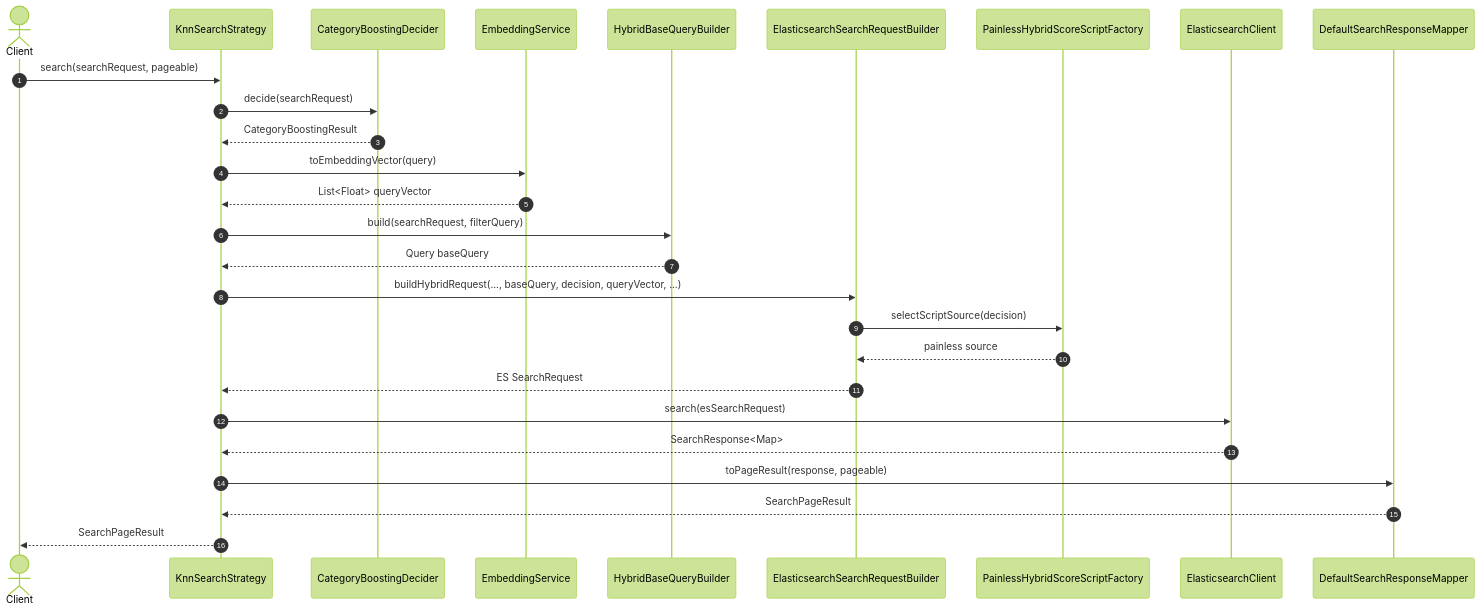
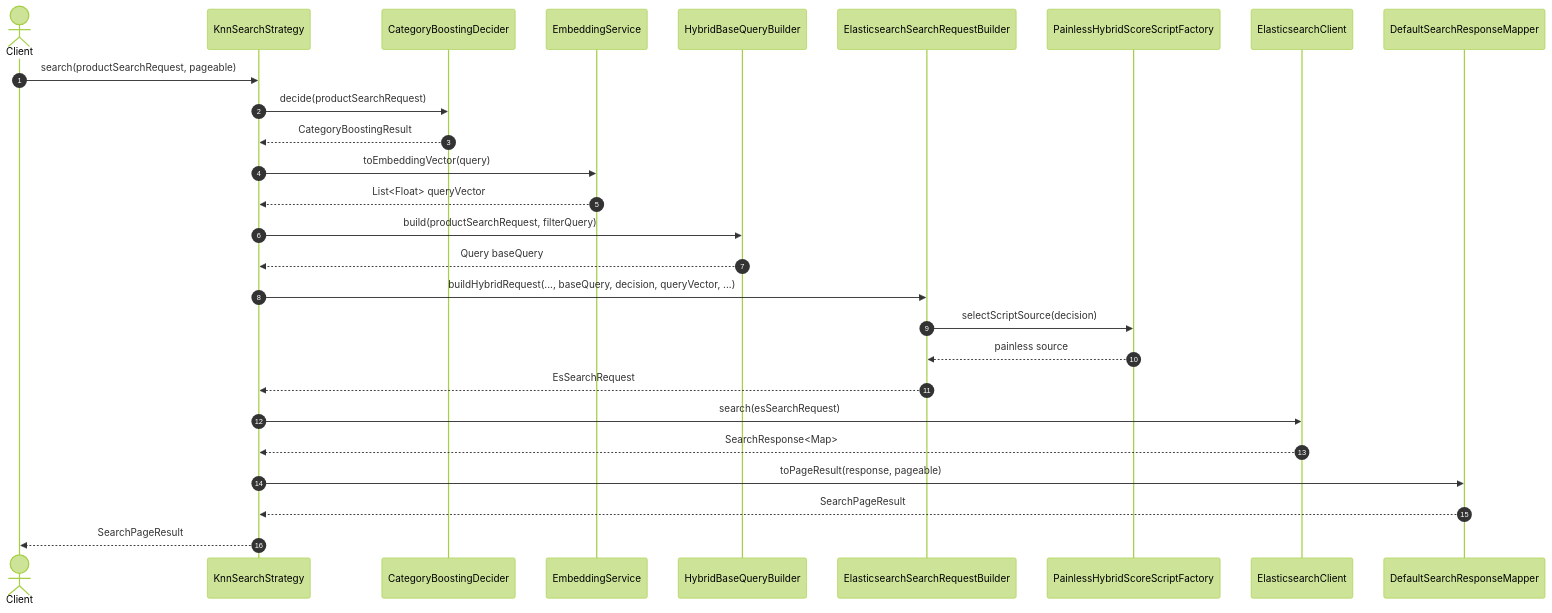
One commit to Justin-ad-Park/ai-search-gpt changed the third of 6 diagrams in docs/12.카테고리_부스팅_코드설명.md. Above: the diagram before and after it, drawn with Mermaid (forest theme). The commit also changed other lines of this file and 18 other files, not shown here.

````diff
--- a/docs/12.카테고리_부스팅_코드설명.md
+++ b/docs/12.카테고리_부스팅_코드설명.md
@@ -46,35 +53,35 @@
 ```mermaid
 sequenceDiagram
     autonumber
     actor Client
     participant S as KnnSearchStrategy
     participant D as CategoryBoostingDecider
     participant E as EmbeddingService
     participant Q as HybridBaseQueryBuilder
     participant R as ElasticsearchSearchRequestBuilder
     participant P as PainlessHybridScoreScriptFactory
     participant ES as ElasticsearchClient
     participant M as DefaultSearchResponseMapper
 
-    Client->>S: search(searchRequest, pageable)
-    S->>D: decide(searchRequest)
+    Client->>S: search(productSearchRequest, pageable)
+    S->>D: decide(productSearchRequest)
     D-->>S: CategoryBoostingResult
 
     S->>E: toEmbeddingVector(query)
     E-->>S: List<Float> queryVector
 
-    S->>Q: build(searchRequest, filterQuery)
+    S->>Q: build(productSearchRequest, filterQuery)
     Q-->>S: Query baseQuery
 
     S->>R: buildHybridRequest(..., baseQuery, decision, queryVector, ...)
     R->>P: selectScriptSource(decision)
     P-->>R: painless source
-    R-->>S: ES SearchRequest
+    R-->>S: EsSearchRequest
 
     S->>ES: search(esSearchRequest)
     ES-->>S: SearchResponse<Map>
 
     S->>M: toPageResult(response, pageable)
     M-->>S: SearchPageResult
     S-->>Client: SearchPageResult
 ```
````
